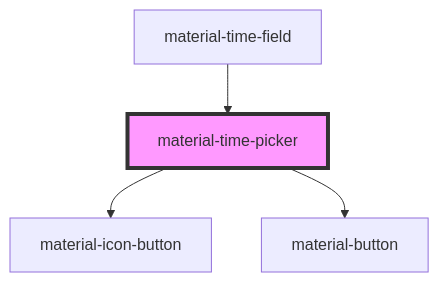
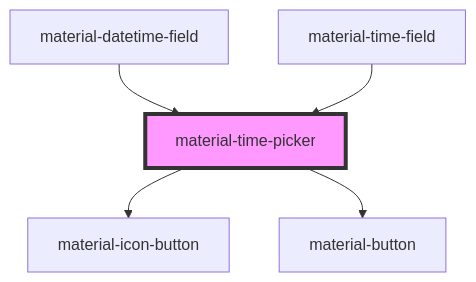
Before and after one commit to RobustaRush/material: the diagram in src/components/material-time-picker/readme.md, drawn with Mermaid. The commit also changed other lines of this file and 12 other files, not shown here.

First line of the commit message:
feat: material-datetime-field

````diff
--- a/src/components/material-time-picker/readme.md
+++ b/src/components/material-time-picker/readme.md
@@ -45,7 +46,8 @@
 ```mermaid
 graph TD;
   material-time-picker --> material-icon-button
   material-time-picker --> material-button
+  material-datetime-field --> material-time-picker
   material-time-field --> material-time-picker
   style material-time-picker fill:#f9f,stroke:#333,stroke-width:4px
 ```
````
